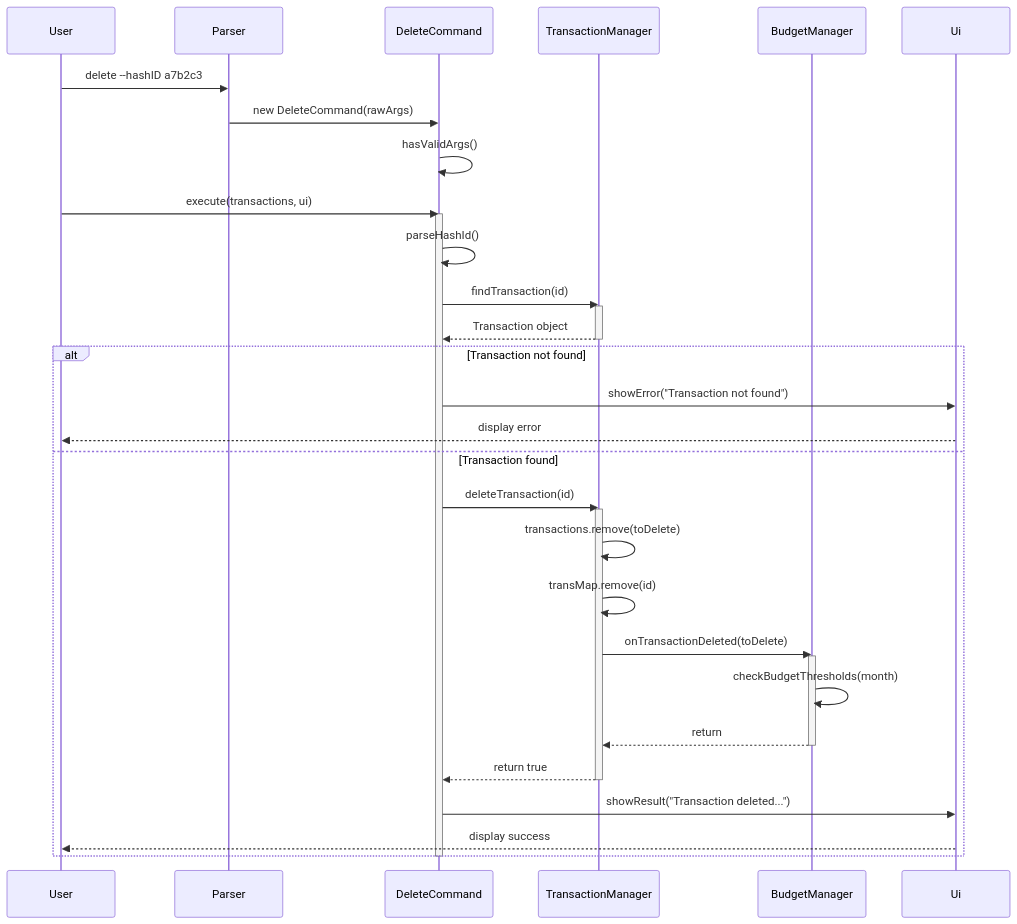
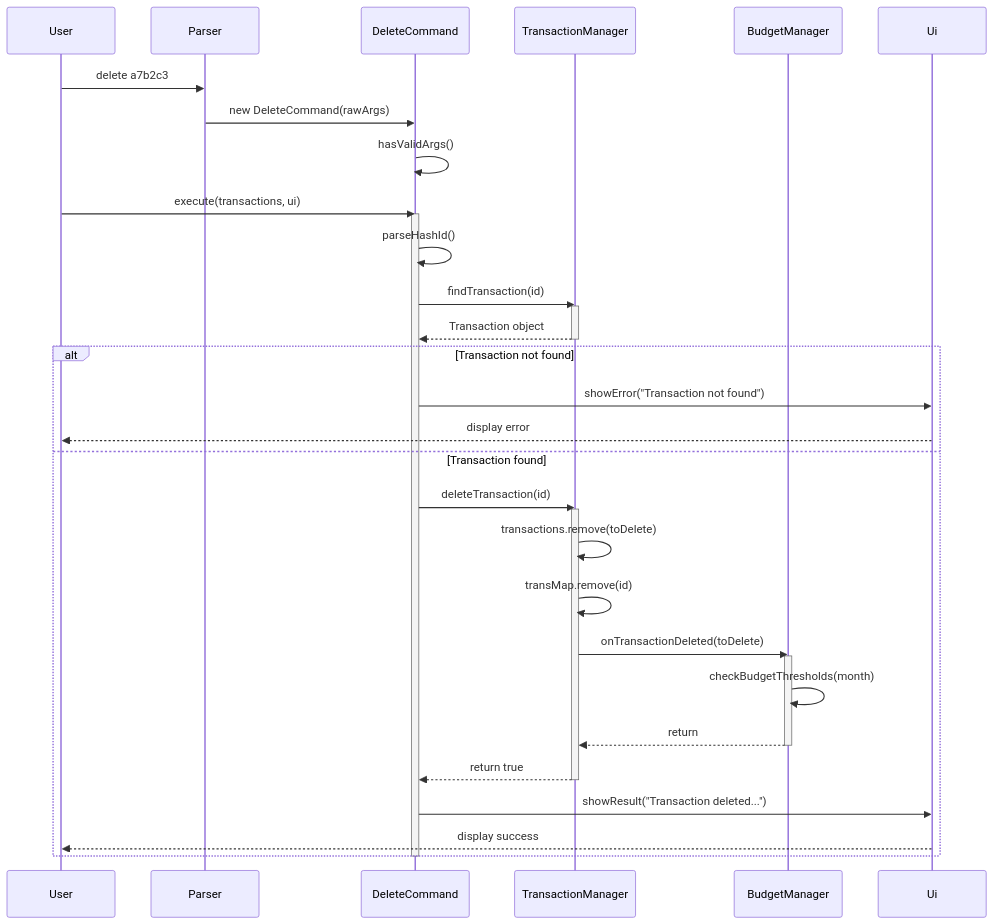
The seventh of 18 diagrams in docs/DeveloperGuide.md (llk214/tp), drawn with Mermaid before and after one commit. The commit also changed other lines of this file, not shown here.

Commit message:
Fix flag-based command examples in DG body diagrams

````diff
--- a/docs/DeveloperGuide.md
+++ b/docs/DeveloperGuide.md
@@ -566,47 +566,47 @@
 ```mermaid
 sequenceDiagram
     participant User
     participant Parser
     participant DeleteCommand
     participant TM as TransactionManager
     participant BM as BudgetManager
     participant Ui
     
-    User->>Parser: delete --hashID a7b2c3
+    User->>Parser: delete a7b2c3
     Parser->>DeleteCommand: new DeleteCommand(rawArgs)
     DeleteCommand->>DeleteCommand: hasValidArgs()
     
     User->>DeleteCommand: execute(transactions, ui)
     
     activate DeleteCommand
     DeleteCommand->>DeleteCommand: parseHashId()
     
     DeleteCommand->>TM: findTransaction(id)
     activate TM
     TM-->>DeleteCommand: Transaction object
     deactivate TM
     
     alt Transaction not found
         DeleteCommand->>Ui: showError("Transaction not found")
         Ui-->>User: display error
     else Transaction found
         DeleteCommand->>TM: deleteTransaction(id)
         activate TM
         
         TM->>TM: transactions.remove(toDelete)
         TM->>TM: transMap.remove(id)
         
         TM->>BM: onTransactionDeleted(toDelete)
         activate BM
         BM->>BM: checkBudgetThresholds(month)
         BM-->>TM: return
         deactivate BM
         
         TM-->>DeleteCommand: return true
         deactivate TM
         
         DeleteCommand->>Ui: showResult("Transaction deleted...")
         Ui-->>User: display success
     end
     deactivate DeleteCommand
 ```
````
